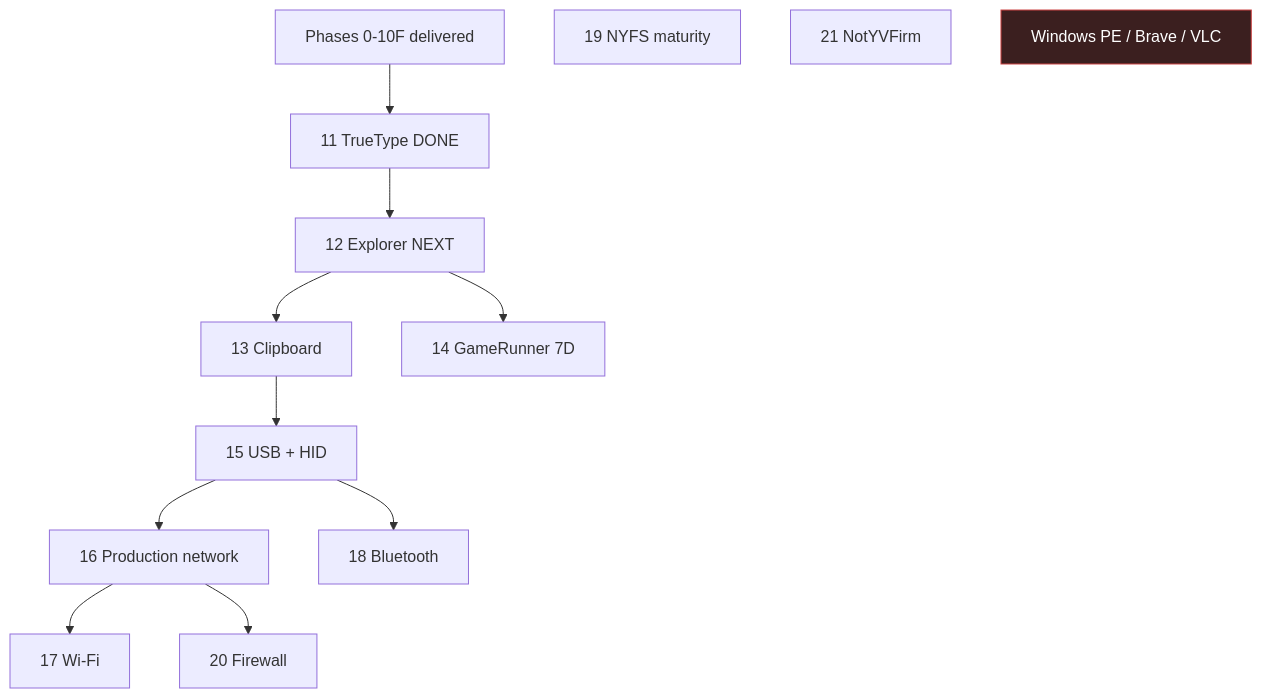
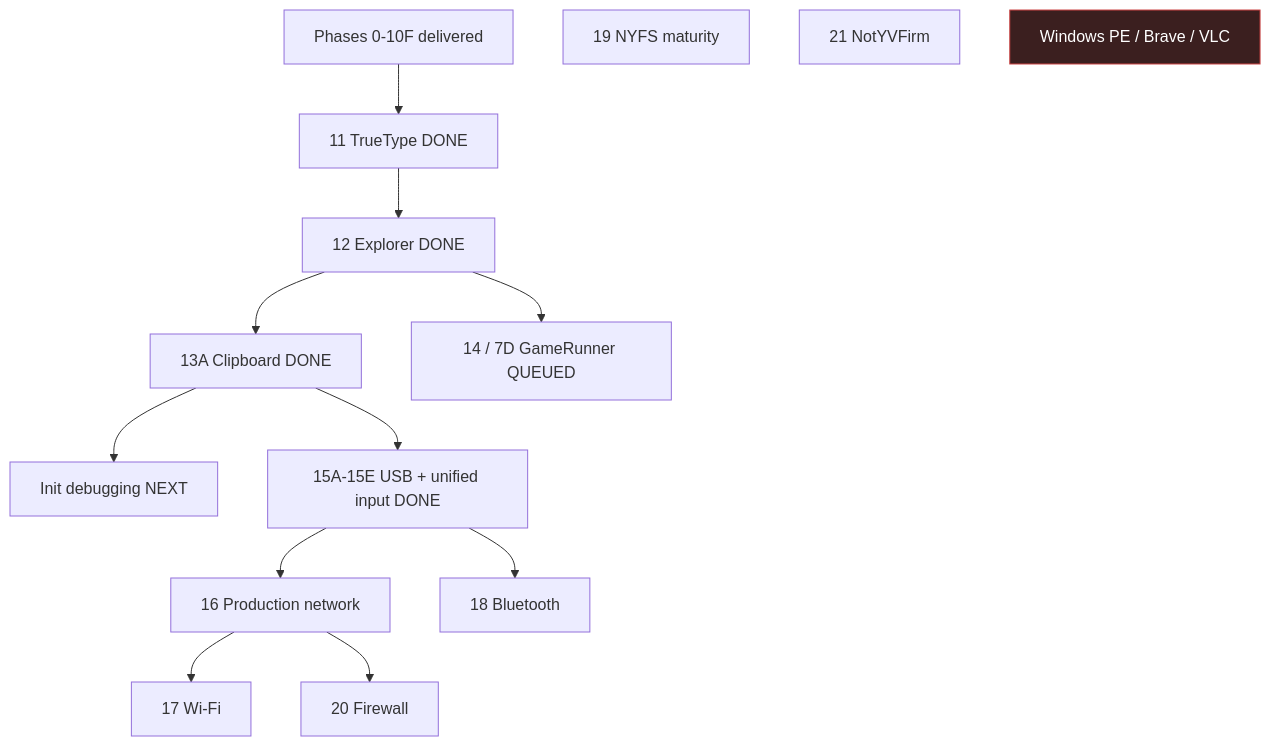
Before and after one commit to NotY215/NotYVOS: the diagram in docs/roadmap.md, drawn with Mermaid. The commit also changed other lines of this file, not shown here.

Commit message:
docs: sync roadmap status

````diff
--- a/docs/roadmap.md
+++ b/docs/roadmap.md
@@ -11,16 +10,17 @@
 ```mermaid
 flowchart TD
     D[Phases 0-10F delivered] --> P11[11 TrueType DONE]
-    P11 --> P12[12 Explorer NEXT]
-    P12 --> P13[13 Clipboard]
-    P12 --> P14[14 GameRunner 7D]
-    P13 --> P15[15 USB + HID]
+    P11 --> P12[12 Explorer DONE]
+    P12 --> P13A[13A Clipboard DONE]
+    P13A --> I[Init debugging NEXT]
+    P12 --> P14[14 / 7D GameRunner QUEUED]
+    P13A --> P15[15A-15E USB + unified input DONE]
     P15 --> P16[16 Production network]
     P16 --> P17[17 Wi-Fi]
     P15 --> P18[18 Bluetooth]
     P16 --> P20[20 Firewall]
     P19[19 NYFS maturity]
     P21[21 NotYVFirm]
     X[Windows PE / Brave / VLC]:::ex
     classDef ex fill:#3b1f1f,stroke:#c44,color:#fff
 ```
````
